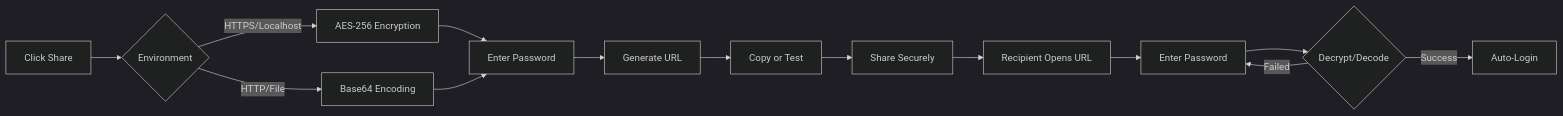
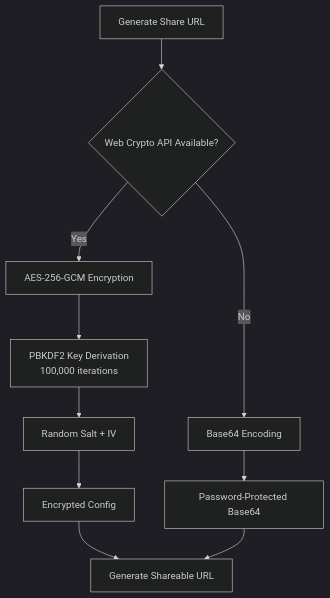
The fourth of 4 diagrams in README.md (xsukax/xsukax-IPTV-Player), drawn with Mermaid (dark theme) before and after one commit. The commit also changed other lines of this file, not shown here.

````diff
--- a/README.md
+++ b/README.md
@@ -226,16 +181,12 @@
 ```mermaid
-graph LR
-    A[Click Share] --> B{Environment}
-    B -->|HTTPS/Localhost| C[AES-256 Encryption]
-    B -->|HTTP/File| D[Base64 Encoding]
-    C --> E[Enter Password]
-    D --> E
-    E --> F[Generate URL]
-    F --> G[Copy or Test]
-    G --> H[Share Securely]
-    H --> I[Recipient Opens URL]
-    I --> J[Enter Password]
-    J --> K{Decrypt/Decode}
-    K -->|Success| L[Auto-Login]
-    K -->|Failed| J
+graph TD
+    A[Generate Share URL] --> B{Web Crypto API Available?}
+    B -->|Yes| C[AES-256-GCM Encryption]
+    B -->|No| D[Base64 Encoding]
+    C --> E[PBKDF2 Key Derivation<br/>100,000 iterations]
+    E --> F[Random Salt + IV]
+    F --> G[Encrypted Config]
+    D --> H[Password-Protected Base64]
+    G --> I[Generate Shareable URL]
+    H --> I
 ```
````
